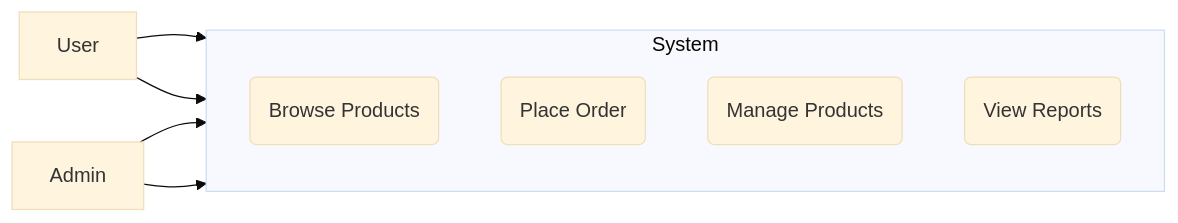
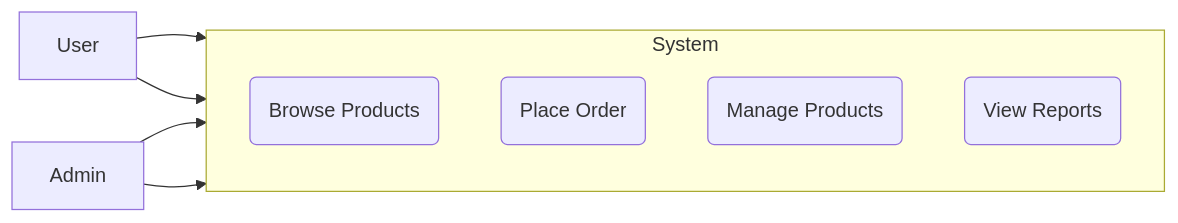
Before and after one commit to ahmedtolan2019/lab-notes: the second of 10 diagrams in software-lab-notes.md, drawn with Mermaid.

````diff
--- a/software-lab-notes.md
+++ b/software-lab-notes.md
@@ -176,15 +176,15 @@
 ```mermaid
-%%{init: {'theme':'base'}}%%
+
 graph LR
     subgraph System
         direction TB
         UC1(Browse Products)
         UC2(Place Order)
         UC3(Manage Products)
         UC4(View Reports)
     end
     User --> UC1
     User --> UC2
     Admin --> UC3
     Admin --> UC4
 ```
````
